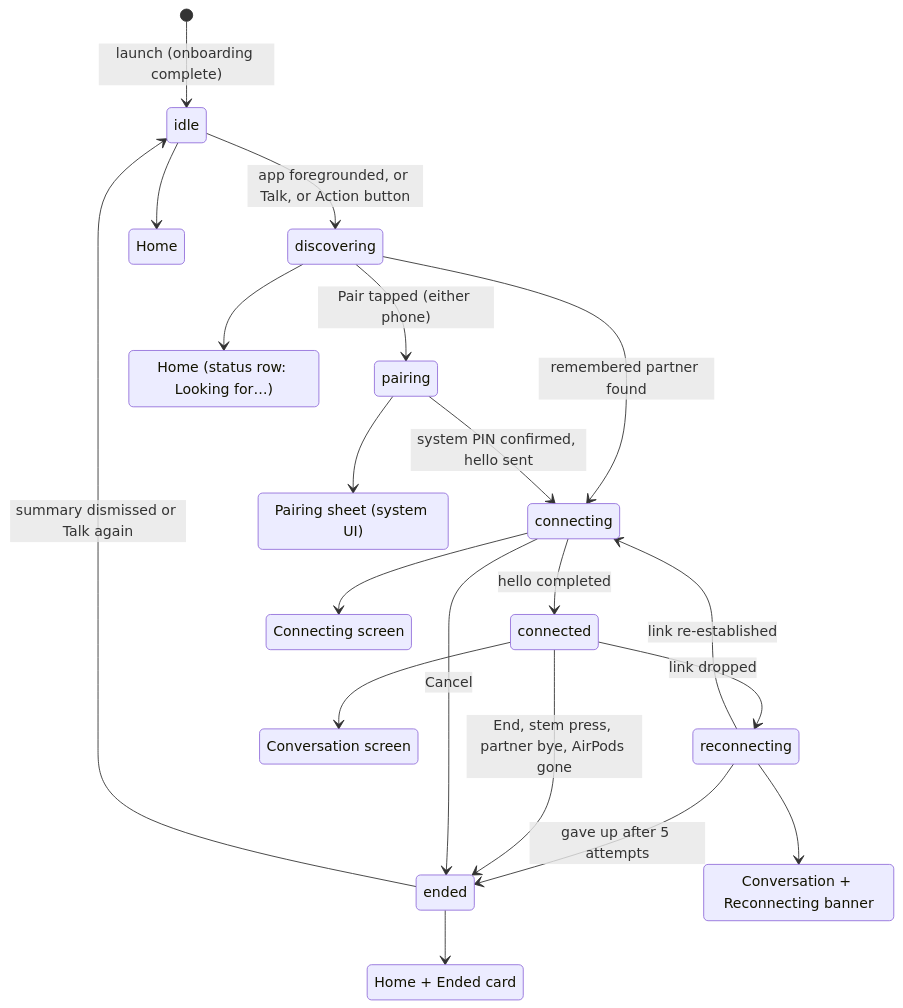
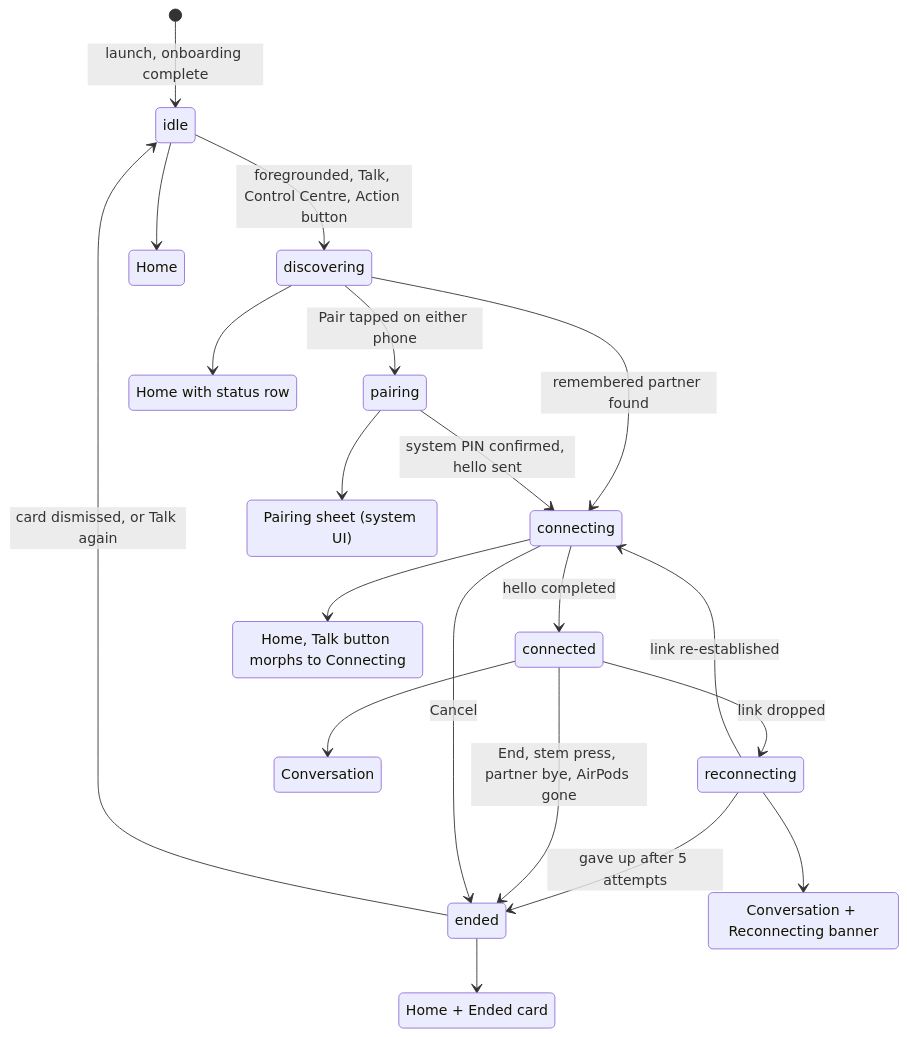
The diagram in docs/UX-SPEC.md (RobbieJ/xenon), drawn with Mermaid before and after one commit. The commit also changed other lines of this file and 10 other files, not shown here.

````diff
--- a/docs/UX-SPEC.md
+++ b/docs/UX-SPEC.md
@@ -47,31 +43,30 @@
 ```mermaid
 stateDiagram-v2
-    [*] --> idle : launch (onboarding complete)
-    idle --> discovering : app foregrounded, or Talk, or Action button
-    discovering --> pairing : Pair tapped (either phone)
+    [*] --> idle : launch, onboarding complete
+    idle --> discovering : foregrounded, Talk, Control Centre, Action button
+    discovering --> pairing : Pair tapped on either phone
     discovering --> connecting : remembered partner found
     pairing --> connecting : system PIN confirmed, hello sent
     connecting --> connected : hello completed
     connected --> reconnecting : link dropped
     reconnecting --> connecting : link re-established
     reconnecting --> ended : gave up after 5 attempts
     connected --> ended : End, stem press, partner bye, AirPods gone
     connecting --> ended : Cancel
-    ended --> idle : summary dismissed or Talk again
+    ended --> idle : card dismissed, or Talk again
 
-    state "Home" as H
-    state "Home (status row: Looking for…)" as HD
-    state "Pairing sheet (system UI)" as P
-    state "Connecting screen" as C
-    state "Conversation screen" as V
-    state "Conversation + Reconnecting banner" as R
-    state "Home + Ended card" as E
-
-    idle --> H
-    discovering --> HD
-    pairing --> P
-    connecting --> C
-    connected --> V
-    reconnecting --> R
-    ended --> E
+    state "Home" as S_idle
+    state "Home with status row" as S_disc
+    state "Pairing sheet (system UI)" as S_pair
+    state "Home, Talk button morphs to Connecting" as S_conn
+    state "Conversation" as S_live
+    state "Conversation + Reconnecting banner" as S_re
+    state "Home + Ended card" as S_end
+    idle --> S_idle
+    discovering --> S_disc
+    pairing --> S_pair
+    connecting --> S_conn
+    connected --> S_live
+    reconnecting --> S_re
+    ended --> S_end
 ```
````
